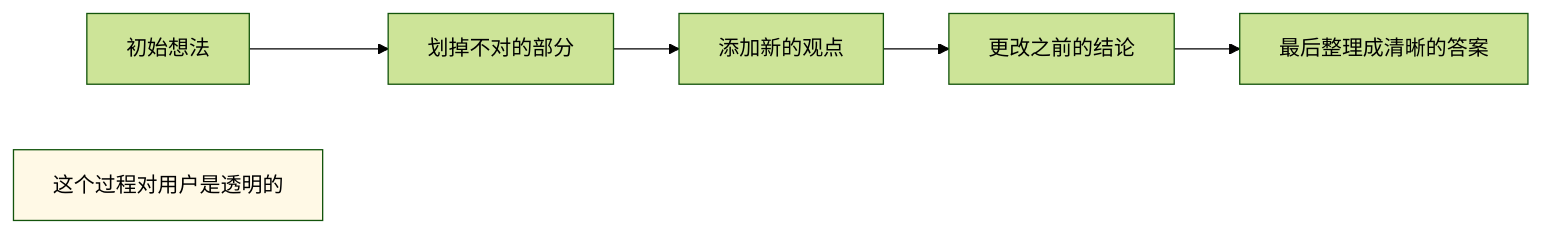
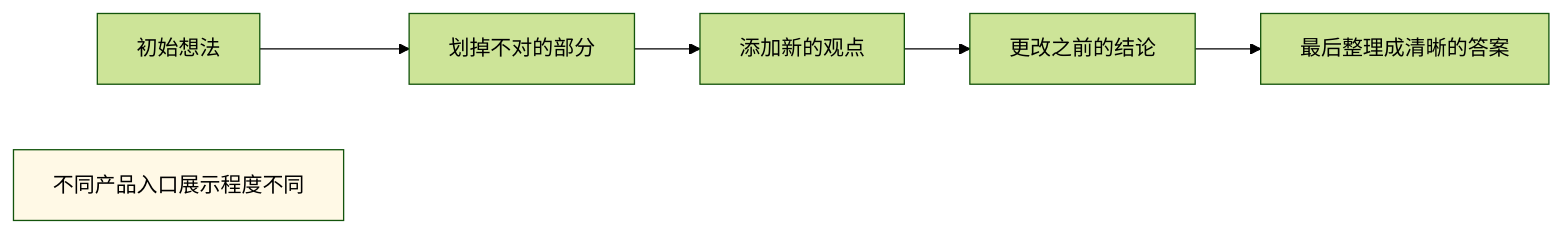
One commit to changsongyang/ai_beginner_guide changed the fifth of 9 diagrams in 07_reasoning_models/7.4_major_reasoning_models.md. Above: the diagram before and after it, drawn with Mermaid (forest theme). The commit also changed other lines of this file and 8 other files, not shown here.

````diff
--- a/07_reasoning_models/7.4_major_reasoning_models.md
+++ b/07_reasoning_models/7.4_major_reasoning_models.md
@@ -135,14 +119,14 @@
 ```mermaid
 graph LR
     A["初始想法"]
     B["划掉不对的部分"]
     C["添加新的观点"]
     D["更改之前的结论"]
     E["最后整理成清晰的答案"]
 
     A --> B --> C --> D --> E
 
-    note1["这个过程对用户是透明的"]
+    note1["不同产品入口展示程度不同"]
 
     style note1 fill:#FFF9E6
 ```
````
